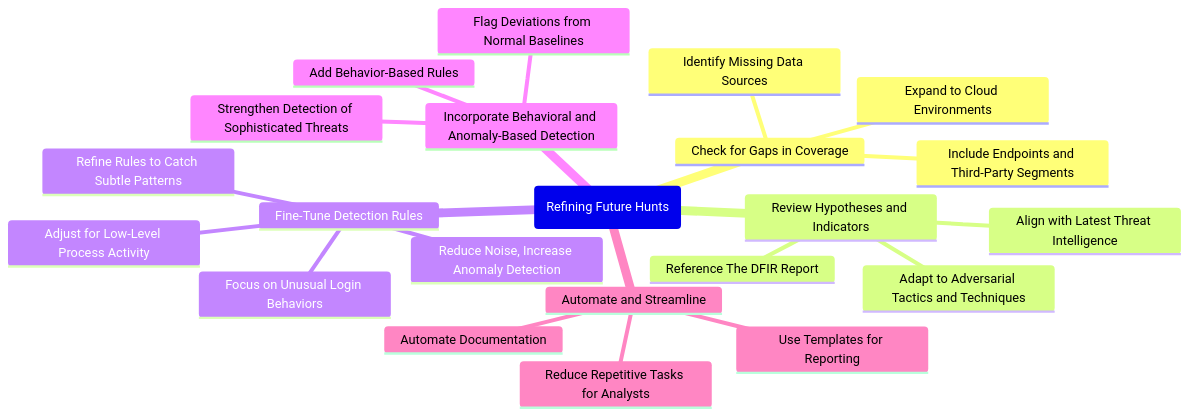
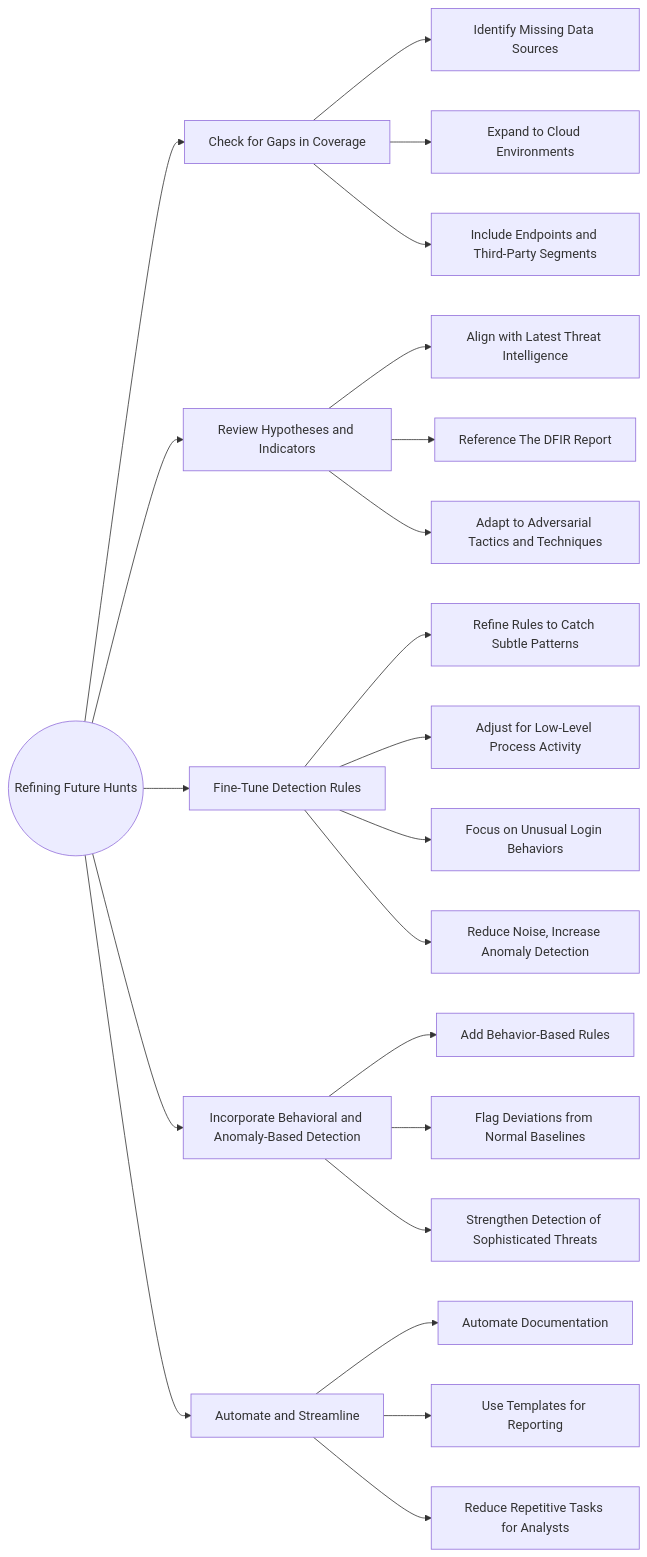
One commit to rjohnsen/threathunting-book changed the second of 2 diagrams in content/part-1/delivieries/no-result-hunts.md. Above: the diagram before and after it, drawn with Mermaid. The commit also changed other lines of this file and 2 other files, not shown here.

Commit message:
Converting Mermaid mindmaps to other diagrams to improve readability

```diff
--- a/content/part-1/delivieries/no-result-hunts.md
+++ b/content/part-1/delivieries/no-result-hunts.md
@@ -85,29 +96,38 @@
 {{<mermaid align="center">}}
-mindmap
-  (Refining Future Hunts)
-    Check for Gaps in Coverage
-      Identify Missing Data Sources
-      Expand to Cloud Environments
-      Include Endpoints and Third-Party Segments
-    
-    Review Hypotheses and Indicators
-      Align with Latest Threat Intelligence
-      Reference The DFIR Report
-      Adapt to Adversarial Tactics and Techniques
-    
-    Fine-Tune Detection Rules
-      Refine Rules to Catch Subtle Patterns
-      Adjust for Low-Level Process Activity
-      Focus on Unusual Login Behaviors
-      Reduce Noise, Increase Anomaly Detection
-    
-    Incorporate Behavioral and Anomaly-Based Detection
-      Add Behavior-Based Rules
-      Flag Deviations from Normal Baselines
-      Strengthen Detection of Sophisticated Threats
-    
-    Automate and Streamline
-      Automate Documentation
-      Use Templates for Reporting
-      Reduce Repetitive Tasks for Analysts
+flowchart LR
+  A((Refining Future Hunts))
+
+  %% Main branches
+  A --> B[Check for Gaps in Coverage]
+  A --> C[Review Hypotheses and Indicators]
+  A --> D[Fine-Tune Detection Rules]
+  A --> E[Incorporate Behavioral and Anomaly-Based Detection]
+  A --> F[Automate and Streamline]
+
+  %% Gaps in Coverage branch
+  B --> B1[Identify Missing Data Sources]
+  B --> B2[Expand to Cloud Environments]
+  B --> B3[Include Endpoints and Third-Party Segments]
+
+  %% Hypotheses and Indicators branch
+  C --> C1[Align with Latest Threat Intelligence]
+  C --> C2[Reference The DFIR Report]
+  C --> C3[Adapt to Adversarial Tactics and Techniques]
+
+  %% Detection Rules branch
+  D --> D1[Refine Rules to Catch Subtle Patterns]
+  D --> D2[Adjust for Low-Level Process Activity]
+  D --> D3[Focus on Unusual Login Behaviors]
+  D --> D4[Reduce Noise, Increase Anomaly Detection]
+
+  %% Behavioral Detection branch
+  E --> E1[Add Behavior-Based Rules]
+  E --> E2[Flag Deviations from Normal Baselines]
+  E --> E3[Strengthen Detection of Sophisticated Threats]
+
+  %% Automation branch
+  F --> F1[Automate Documentation]
+  F --> F2[Use Templates for Reporting]
+  F --> F3[Reduce Repetitive Tasks for Analysts]
+
 {{< /mermaid >}}
```
